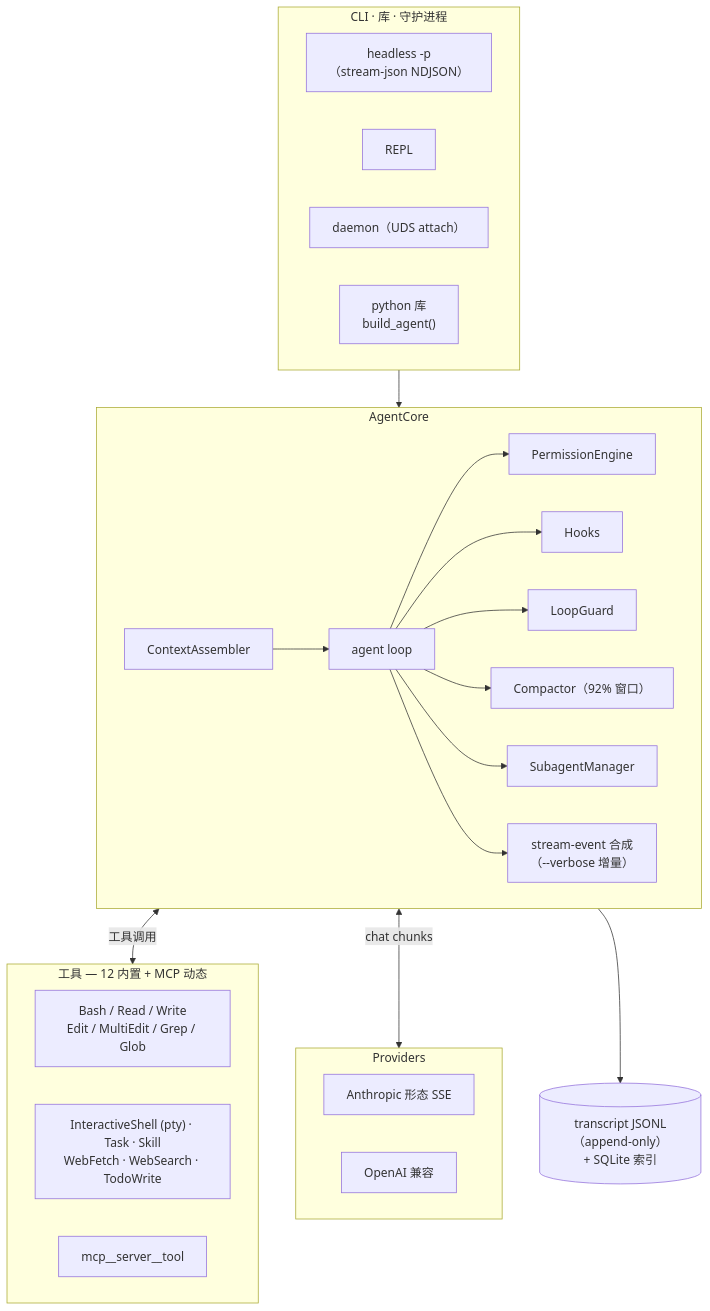
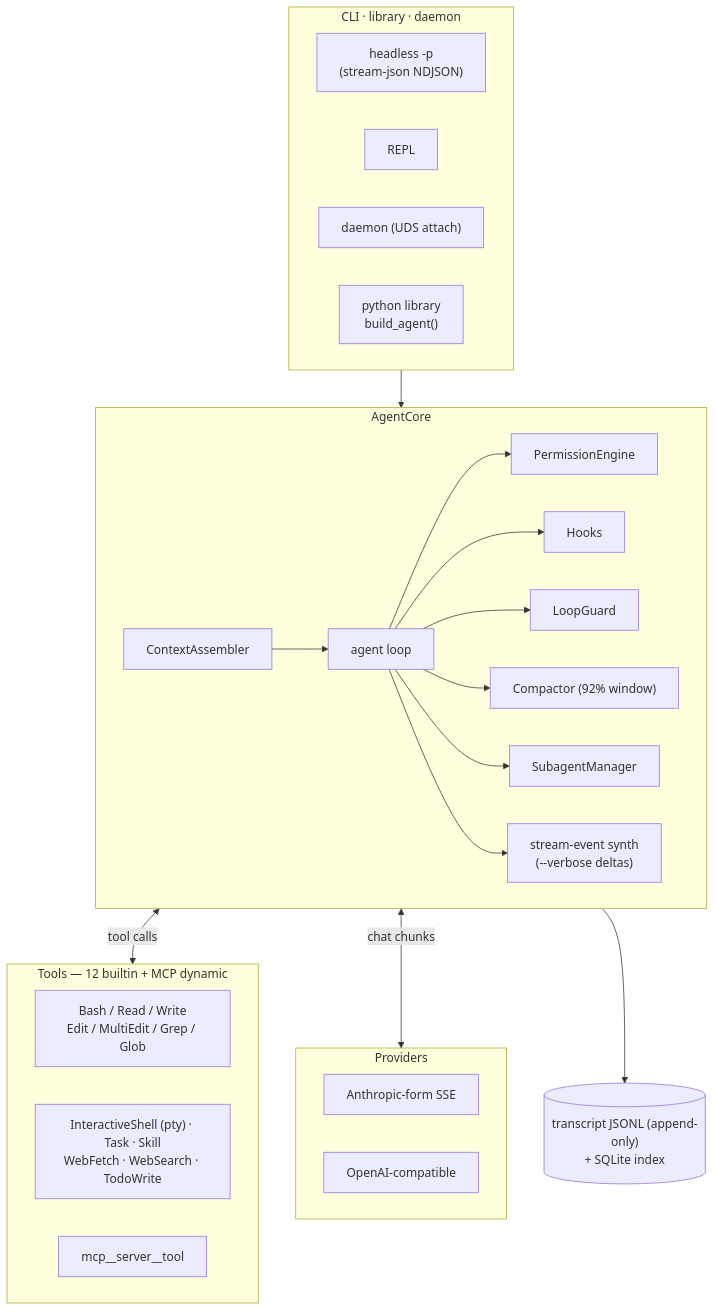
Before and after one commit to loadn-ai/loadn: the second of 2 diagrams in README.zh-CN.md, drawn with Mermaid. The commit also changed other lines of this file and 5 other files, not shown here.

First line of the commit message:
docs(readme): 全面专业化重写——slogan+三大原创理念+4 张新演示截图

````diff
--- a/README.zh-CN.md
+++ b/README.zh-CN.md
@@ -49,33 +120,33 @@
 ```mermaid
 flowchart TB
-    subgraph HOSTS["CLI · 库 · 守护进程"]
-        HEAD["headless -p<br/>（stream-json NDJSON）"]
+    subgraph HOSTS["CLI · library · daemon"]
+        HEAD["headless -p<br/>(stream-json NDJSON)"]
         REPL["REPL"]
-        DAEMON["daemon（UDS attach）"]
-        LIB["python 库<br/>build_agent()"]
+        DAEMON["daemon (UDS attach)"]
+        LIB["python library<br/>build_agent()"]
     end
     subgraph CORE["AgentCore"]
         ASM["ContextAssembler"] --> LOOP["agent loop"]
         LOOP --> PERM["PermissionEngine"]
         LOOP --> HOOKS["Hooks"]
         LOOP --> GUARD["LoopGuard"]
-        LOOP --> COMP["Compactor（92% 窗口）"]
+        LOOP --> COMP["Compactor (92% window)"]
         LOOP --> SUB["SubagentManager"]
-        LOOP --> EVT["stream-event 合成<br/>（--verbose 增量）"]
+        LOOP --> EVT["stream-event synth<br/>(--verbose deltas)"]
     end
-    subgraph TOOLS["工具 — 12 内置 + MCP 动态"]
+    subgraph TOOLS["Tools — 12 builtin + MCP dynamic"]
         BASH["Bash / Read / Write<br/>Edit / MultiEdit / Grep / Glob"]
         SHELL["InteractiveShell (pty) · Task · Skill<br/>WebFetch · WebSearch · TodoWrite"]
         MCP["mcp__server__tool"]
     end
     subgraph PROV["Providers"]
-        ANT["Anthropic 形态 SSE"]
-        OAI["OpenAI 兼容"]
+        ANT["Anthropic-form SSE"]
+        OAI["OpenAI-compatible"]
     end
-    PERSIST[("transcript JSONL（append-only）<br/>+ SQLite 索引")]
+    PERSIST[("transcript JSONL (append-only)<br/>+ SQLite index")]
 
     HOSTS --> CORE
-    CORE <-- "工具调用" --> TOOLS
+    CORE <-- "tool calls" --> TOOLS
     CORE <-- "chat chunks" --> PROV
     CORE --> PERSIST
 ```
````
